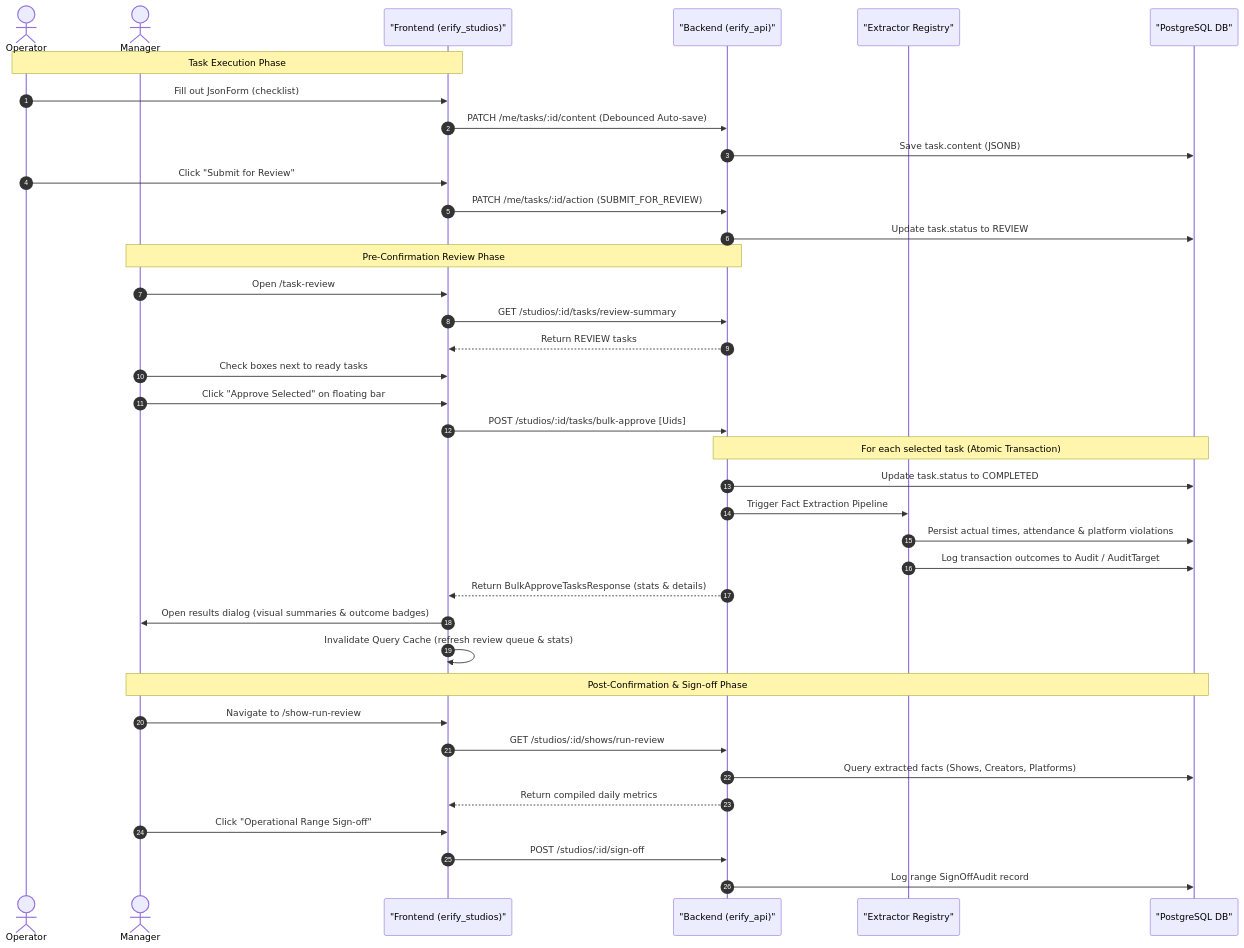
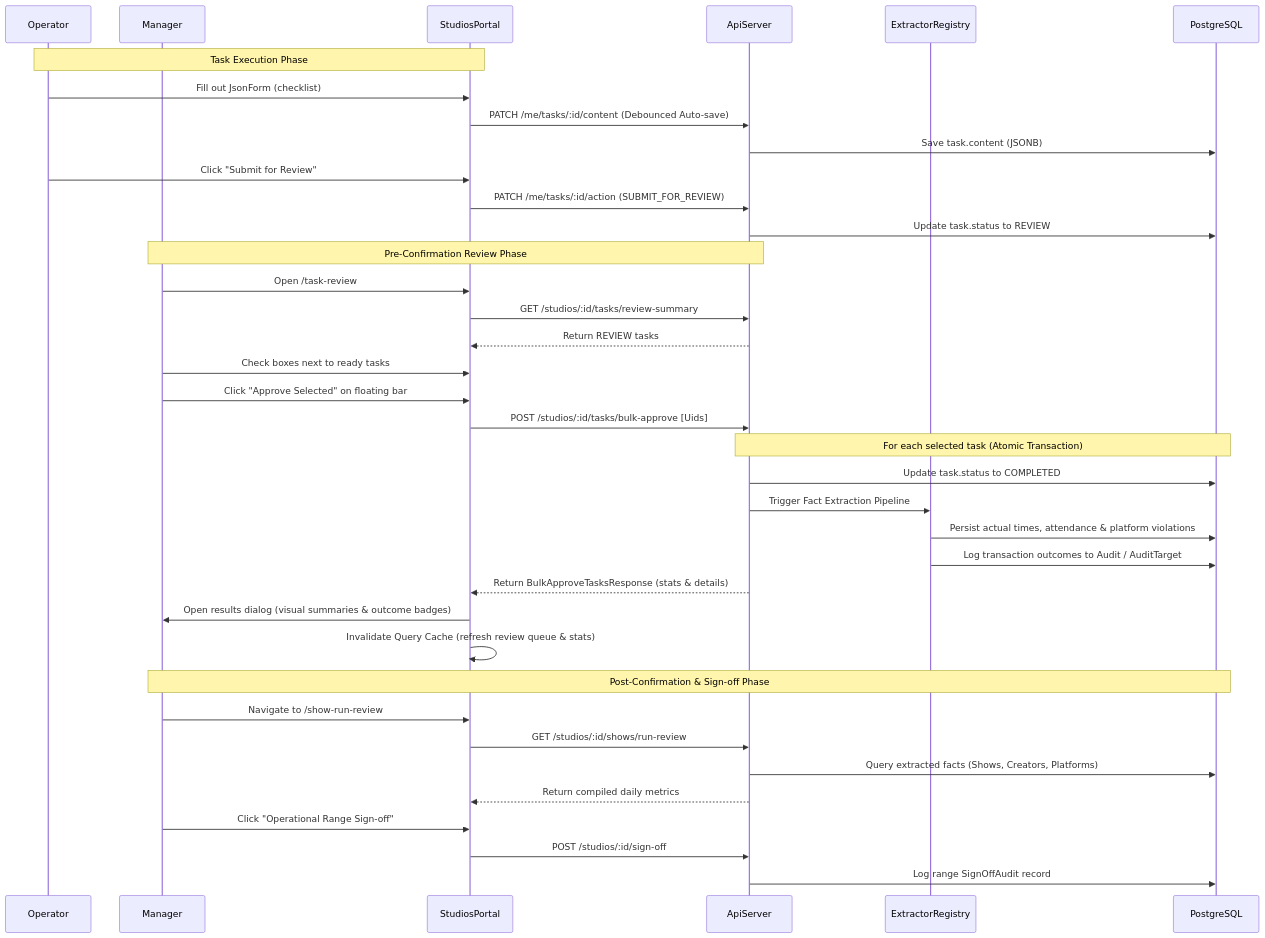
Before and after one commit to allenlin90/eridu-services: the diagram in docs/workflows/task-and-operations-review.md, drawn with Mermaid.

Commit message:
docs(workflows): optimize Mermaid sequence diagram for VS Code & GitHub compat

````diff
--- a/docs/workflows/task-and-operations-review.md
+++ b/docs/workflows/task-and-operations-review.md
@@ -85,45 +85,44 @@
 ```mermaid
 sequenceDiagram
-    autonumber
-    actor O as Operator
-    actor M as Manager
-    participant FE as "Frontend (erify_studios)"
-    participant BE as "Backend (erify_api)"
-    participant EX as "Extractor Registry"
-    participant DB as "PostgreSQL DB"
+    participant Operator
+    participant Manager
+    participant StudiosPortal
+    participant ApiServer
+    participant ExtractorRegistry
+    participant PostgreSQL
 
-    Note over O, FE: Task Execution Phase
-    O->>FE: Fill out JsonForm (checklist)
-    FE->>BE: PATCH /me/tasks/:id/content (Debounced Auto-save)
-    BE->>DB: Save task.content (JSONB)
-    O->>FE: Click "Submit for Review"
-    FE->>BE: PATCH /me/tasks/:id/action (SUBMIT_FOR_REVIEW)
-    BE->>DB: Update task.status to REVIEW
+    Note over Operator, StudiosPortal: Task Execution Phase
+    Operator->>StudiosPortal: Fill out JsonForm (checklist)
+    StudiosPortal->>ApiServer: PATCH /me/tasks/:id/content (Debounced Auto-save)
+    ApiServer->>PostgreSQL: Save task.content (JSONB)
+    Operator->>StudiosPortal: Click "Submit for Review"
+    StudiosPortal->>ApiServer: PATCH /me/tasks/:id/action (SUBMIT_FOR_REVIEW)
+    ApiServer->>PostgreSQL: Update task.status to REVIEW
 
-    Note over M, BE: Pre-Confirmation Review Phase
-    M->>FE: Open /task-review
-    FE->>BE: GET /studios/:id/tasks/review-summary
-    BE-->>FE: Return REVIEW tasks
-    M->>FE: Check boxes next to ready tasks
-    M->>FE: Click "Approve Selected" on floating bar
-    FE->>BE: POST /studios/:id/tasks/bulk-approve [Uids]
+    Note over Manager, ApiServer: Pre-Confirmation Review Phase
+    Manager->>StudiosPortal: Open /task-review
+    StudiosPortal->>ApiServer: GET /studios/:id/tasks/review-summary
+    ApiServer-->>StudiosPortal: Return REVIEW tasks
+    Manager->>StudiosPortal: Check boxes next to ready tasks
+    Manager->>StudiosPortal: Click "Approve Selected" on floating bar
+    StudiosPortal->>ApiServer: POST /studios/:id/tasks/bulk-approve [Uids]
 
-    Note over BE, DB: For each selected task (Atomic Transaction)
-    BE->>DB: Update task.status to COMPLETED
-    BE->>EX: Trigger Fact Extraction Pipeline
-    EX->>DB: Persist actual times, attendance & platform violations
-    EX->>DB: Log transaction outcomes to Audit / AuditTarget
+    Note over ApiServer, PostgreSQL: For each selected task (Atomic Transaction)
+    ApiServer->>PostgreSQL: Update task.status to COMPLETED
+    ApiServer->>ExtractorRegistry: Trigger Fact Extraction Pipeline
+    ExtractorRegistry->>PostgreSQL: Persist actual times, attendance & platform violations
+    ExtractorRegistry->>PostgreSQL: Log transaction outcomes to Audit / AuditTarget
 
-    BE-->>FE: Return BulkApproveTasksResponse (stats & details)
-    FE->>M: Open results dialog (visual summaries & outcome badges)
-    FE->>FE: Invalidate Query Cache (refresh review queue & stats)
+    ApiServer-->>StudiosPortal: Return BulkApproveTasksResponse (stats & details)
+    StudiosPortal->>Manager: Open results dialog (visual summaries & outcome badges)
+    StudiosPortal->>StudiosPortal: Invalidate Query Cache (refresh review queue & stats)
 
-    Note over M, DB: Post-Confirmation & Sign-off Phase
-    M->>FE: Navigate to /show-run-review
-    FE->>BE: GET /studios/:id/shows/run-review
-    BE->>DB: Query extracted facts (Shows, Creators, Platforms)
-    BE-->>FE: Return compiled daily metrics
-    M->>FE: Click "Operational Range Sign-off"
-    FE->>BE: POST /studios/:id/sign-off
-    BE->>DB: Log range SignOffAudit record
+    Note over Manager, PostgreSQL: Post-Confirmation & Sign-off Phase
+    Manager->>StudiosPortal: Navigate to /show-run-review
+    StudiosPortal->>ApiServer: GET /studios/:id/shows/run-review
+    ApiServer->>PostgreSQL: Query extracted facts (Shows, Creators, Platforms)
+    ApiServer-->>StudiosPortal: Return compiled daily metrics
+    Manager->>StudiosPortal: Click "Operational Range Sign-off"
+    StudiosPortal->>ApiServer: POST /studios/:id/sign-off
+    ApiServer->>PostgreSQL: Log range SignOffAudit record
 ```
````
